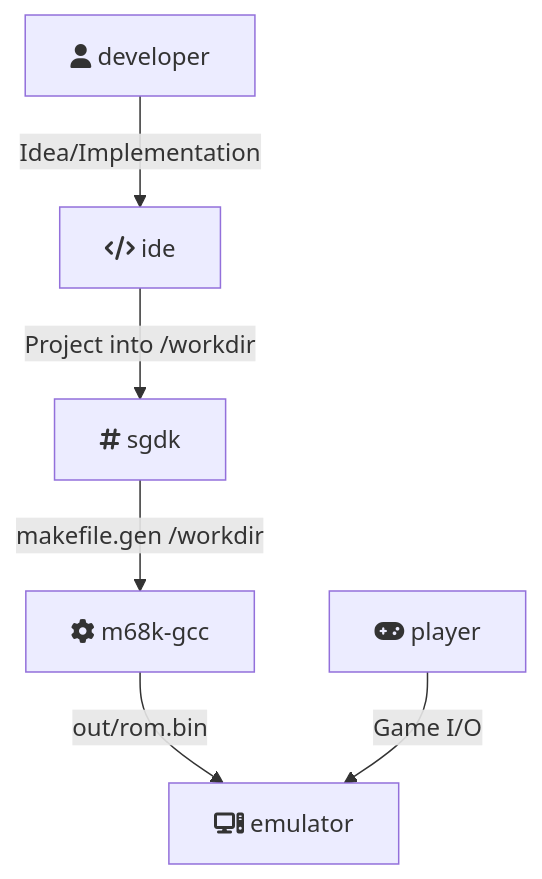
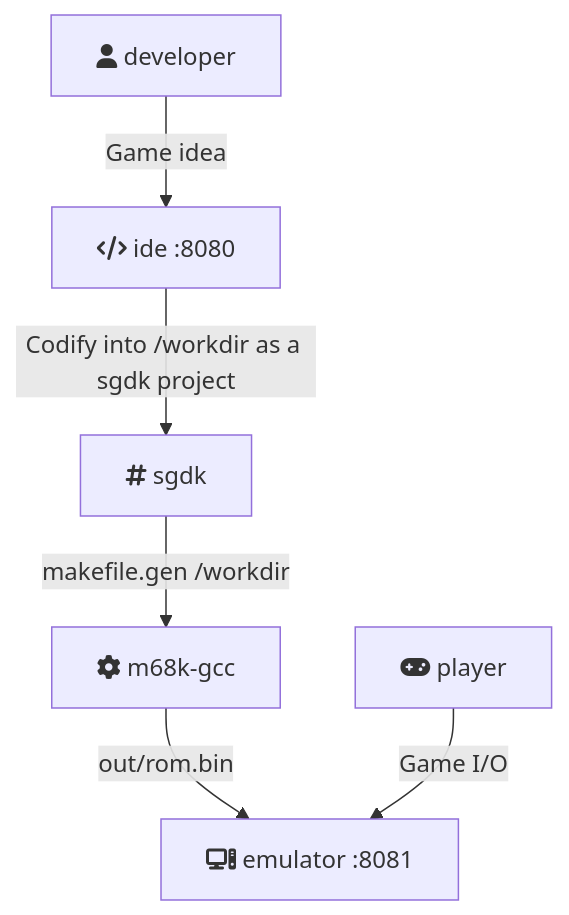
The diagram in README.md (humbertodias/genesis-ide), drawn with Mermaid before and after one commit.

````diff
--- a/README.md
+++ b/README.md
@@ -7,8 +7,8 @@
 ```mermaid
 flowchart TD
-    A[fa:fa-user developer] -->|Idea/Implementation| B[fa:fa-code ide]
-    B -->|Project into /workdir| C[fa:fa-hashtag sgdk]
+    A[fa:fa-user developer] -->|Game idea| B[fa:fa-code ide :8080]
+    B -->|Codify into /workdir as a sgdk project| C[fa:fa-hashtag sgdk]
     C -->|makefile.gen /workdir| D[fa:fa-gear m68k-gcc]
-    D -->|out/rom.bin| E[fa:fa-computer emulator]
+    D -->|out/rom.bin| E[fa:fa-computer emulator :8081]
     F[fa:fa-gamepad player] -->|Game I/O| E
 ```
````
